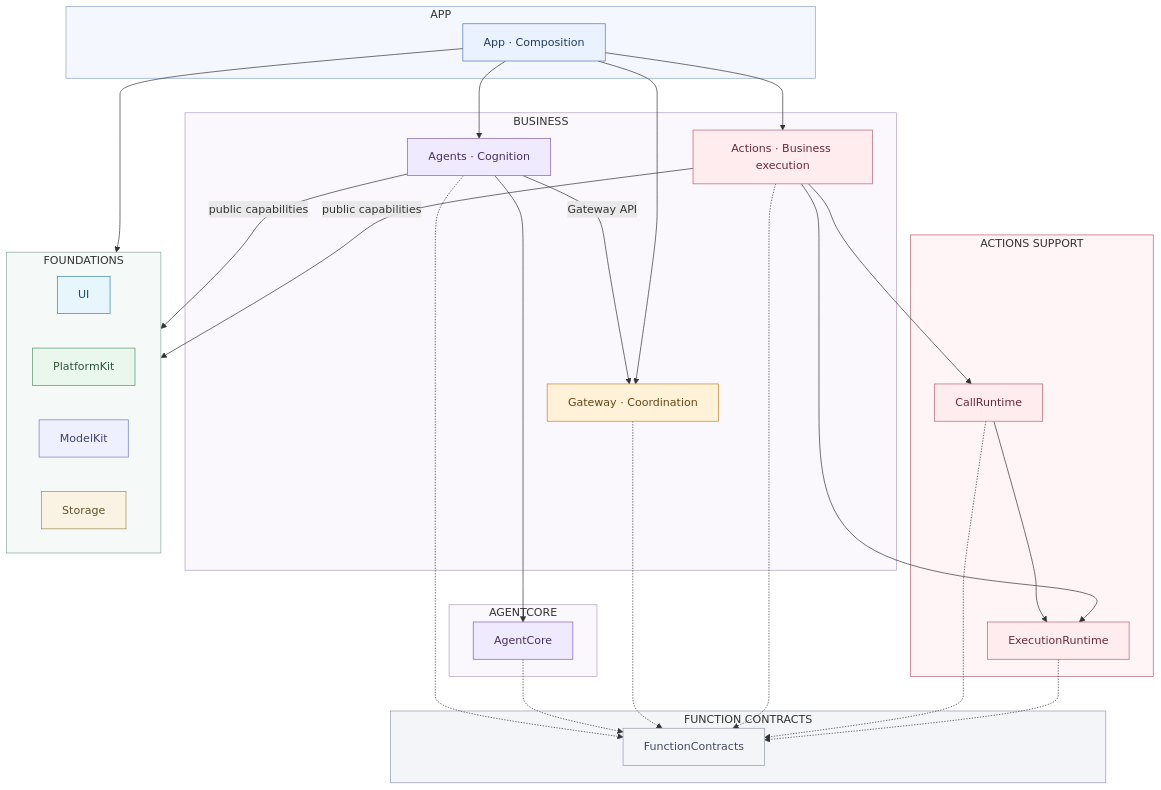
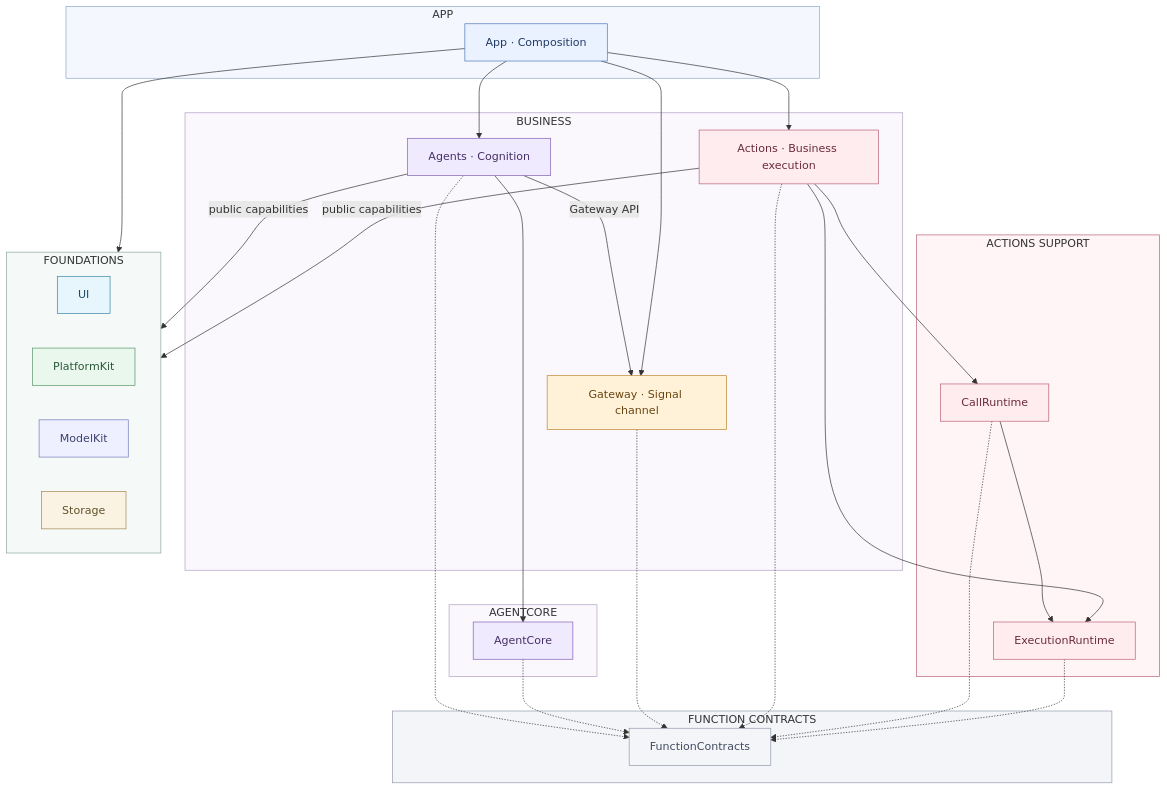
Before and after one commit to devilyouwei/MobileHarness: the second of 27 diagrams in MobileHarness/README.md, drawn with Mermaid. The commit also changed other lines of this file and 4 other files, not shown here.

First line of the commit message:
docs: align READMEs and diagrams with Gateway/Actions separation

````diff
--- a/MobileHarness/README.md
+++ b/MobileHarness/README.md
@@ -131,64 +131,64 @@
 ```mermaid
 flowchart TB
     subgraph Host["APP"]
         App["App · Composition"]
     end
     subgraph Business["BUSINESS"]
-        A["Agents · Cognition"] -->|Gateway API| G["Gateway · Coordination"]
+        A["Agents · Cognition"] -->|Gateway API| G["Gateway · Signal channel"]
         X["Actions · Business execution"]
     end
     subgraph Cognitive["AGENTCORE"]
         AC["AgentCore"]
     end
     subgraph Neutral["FUNCTION CONTRACTS"]
         FC["FunctionContracts"]
     end
     subgraph Mechanisms["ACTIONS SUPPORT"]
         CR["CallRuntime"] --> ER["ExecutionRuntime"]
     end
     subgraph Foundations["FOUNDATIONS"]
         UI["UI"]
         P["PlatformKit"]
         M["ModelKit"]
         S["Storage"]
     end
     App --> A
     App --> G
     App --> X
     App --> Foundations
     A --> AC
     A -.-> FC
     AC -.-> FC
     G -.-> FC
     X -.-> FC
     X --> CR
     X --> ER
     CR -.-> FC
     ER -.-> FC
     A -->|public capabilities| Foundations
     X -->|public capabilities| Foundations
     classDef host fill:#eaf2ff,stroke:#5078b8,color:#203b64
     classDef agent fill:#f0eaff,stroke:#8261b5,color:#463065
     classDef gateway fill:#fff2d9,stroke:#bf842c,color:#694511
     classDef action fill:#ffecef,stroke:#b86178,color:#6b2b3d
     classDef neutral fill:#f4f5f8,stroke:#939bad,color:#414b60
     classDef ui fill:#e7f6fc,stroke:#3985a4,color:#1f4c60
     classDef platform fill:#eaf7ed,stroke:#56936a,color:#2c573a
     classDef model fill:#eeefff,stroke:#747bb8,color:#3c426d
     classDef storage fill:#faf3e4,stroke:#a18a4e,color:#61512a
     class App host
     class A,AC agent
     class G gateway
     class X,CR,ER action
     class FC neutral
     class UI ui
     class P platform
     class M model
     class S storage
     style Host fill:#f4f7fd,stroke:#8ca7ce
     style Business fill:#faf7fd,stroke:#b1a0c4
     style Cognitive fill:#faf7fd,stroke:#b1a0c4
     style Neutral fill:#f4f5f8,stroke:#939bad
     style Mechanisms fill:#fff5f6,stroke:#b86178
     style Foundations fill:#f5f9f8,stroke:#8ca89f
 ```
````
